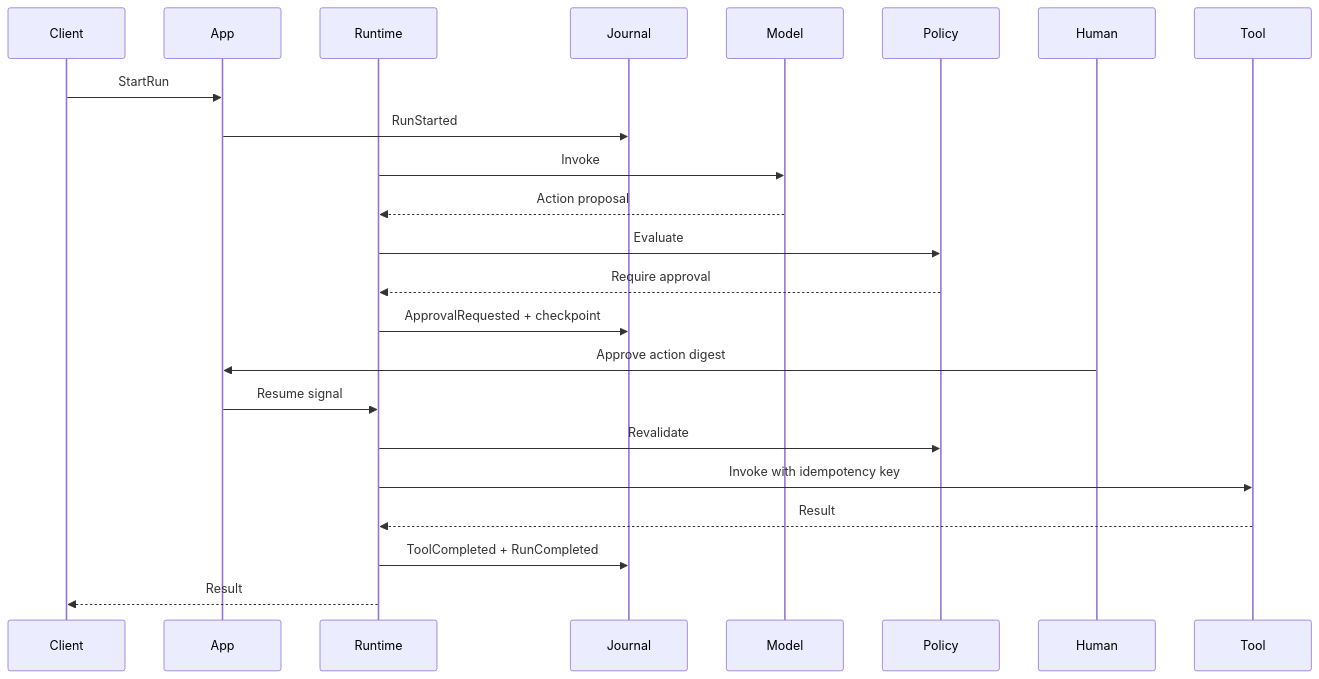
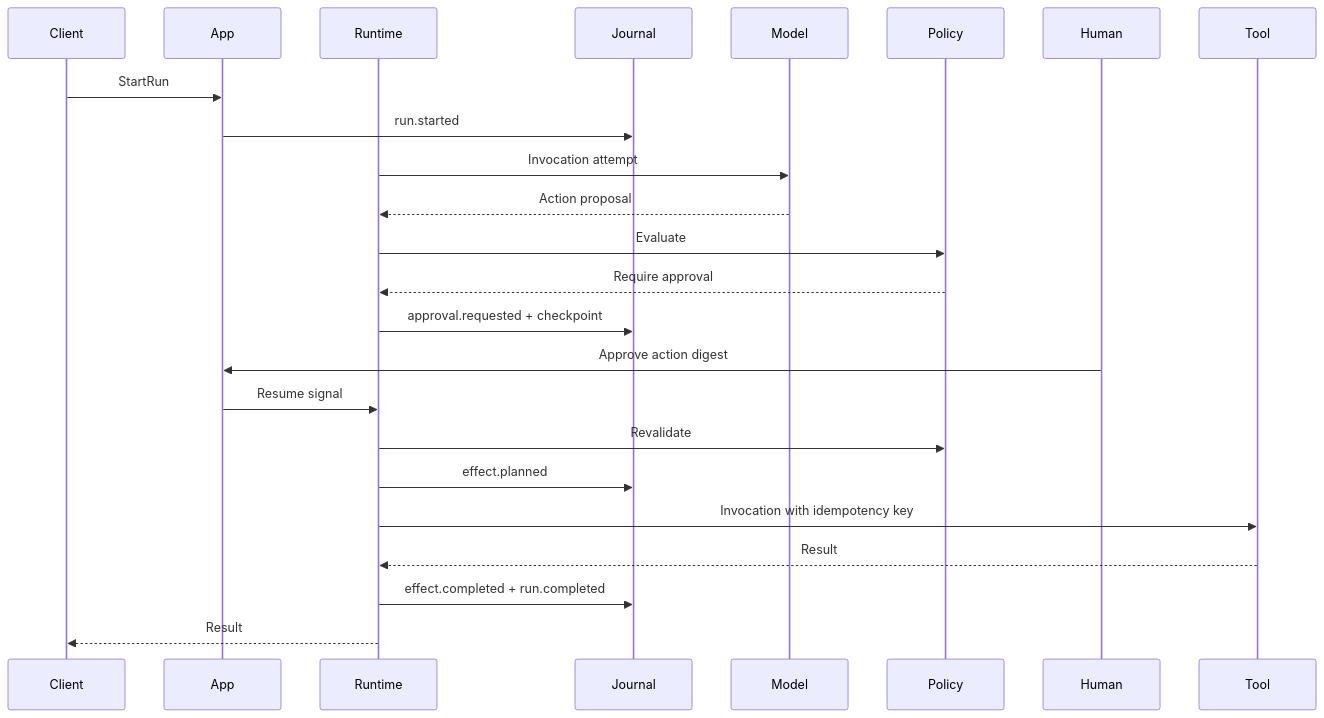
One commit to thaithienvanid/agentic-reference-architecture changed the seventh of 15 diagrams in diagrams/index.mdx. Above: the diagram before and after it, drawn with Mermaid. The commit also changed other lines of this file and 20 other files, not shown here.

Commit message:
normalize architecture contracts and execution ontology

````diff
--- a/diagrams/index.mdx
+++ b/diagrams/index.mdx
@@ -95,25 +95,26 @@
 ```mermaid
 sequenceDiagram
   participant Client
   participant App
   participant Runtime
   participant Journal
   participant Model
   participant Policy
   participant Human
   participant Tool
   Client->>App: StartRun
-  App->>Journal: RunStarted
-  Runtime->>Model: Invoke
+  App->>Journal: run.started
+  Runtime->>Model: Invocation attempt
   Model-->>Runtime: Action proposal
   Runtime->>Policy: Evaluate
   Policy-->>Runtime: Require approval
-  Runtime->>Journal: ApprovalRequested + checkpoint
+  Runtime->>Journal: approval.requested + checkpoint
   Human->>App: Approve action digest
   App->>Runtime: Resume signal
   Runtime->>Policy: Revalidate
-  Runtime->>Tool: Invoke with idempotency key
+  Runtime->>Journal: effect.planned
+  Runtime->>Tool: Invocation with idempotency key
   Tool-->>Runtime: Result
-  Runtime->>Journal: ToolCompleted + RunCompleted
+  Runtime->>Journal: effect.completed + run.completed
   Runtime-->>Client: Result
 ```
````
